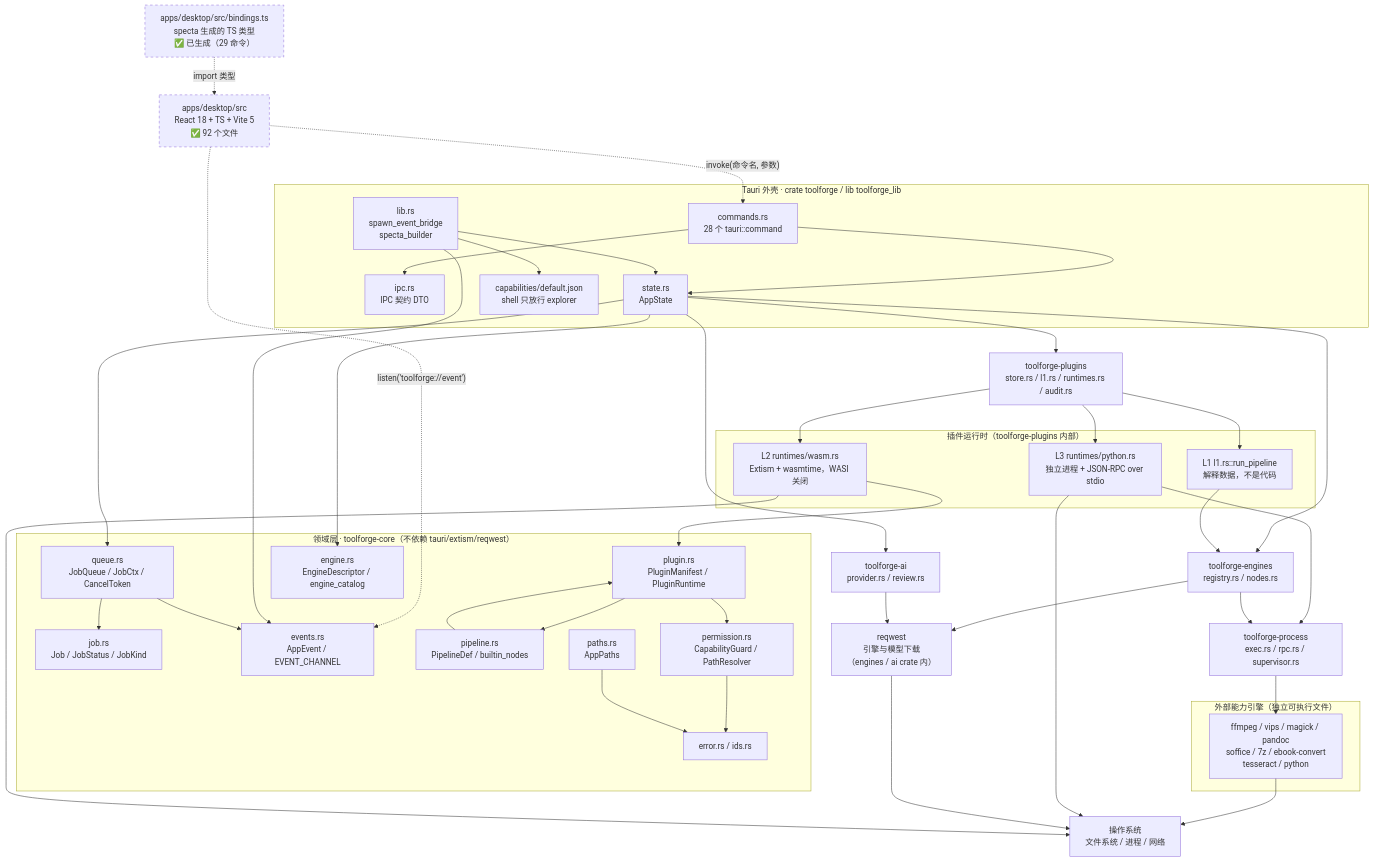
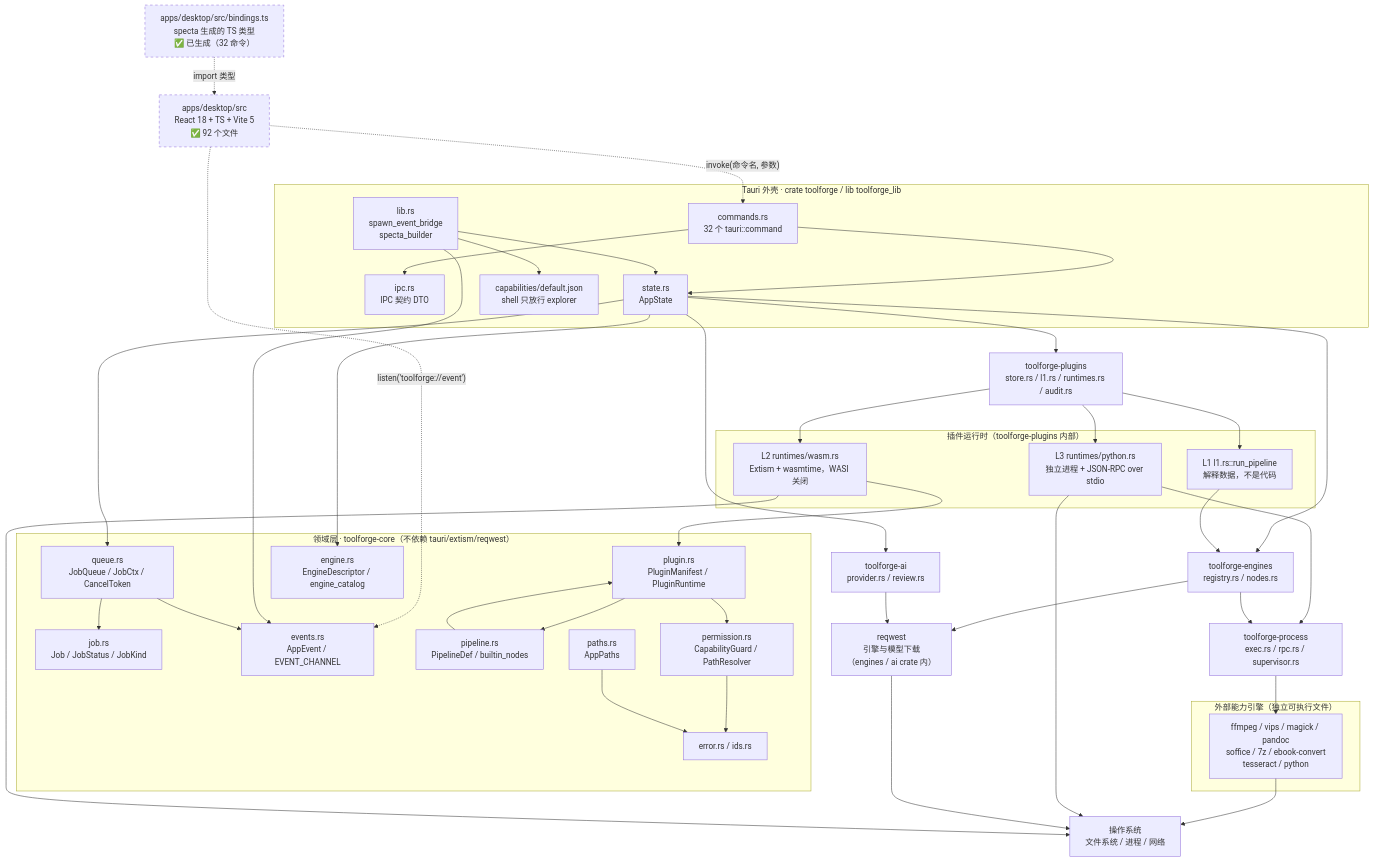
Before and after one commit to kkkkk-stk/Super-Multi-functional-Integrated-Software: the first of 2 diagrams in docs/ARCHITECTURE.md, drawn with Mermaid. The commit also changed other lines of this file and 35 other files, not shown here.

````diff
--- a/docs/ARCHITECTURE.md
+++ b/docs/ARCHITECTURE.md
@@ -65,10 +65,10 @@
 ```mermaid
 flowchart TD
     FE["apps/desktop/src<br/>React 18 + TS + Vite 5<br/>✅ 92 个文件"]
-    BIND["apps/desktop/src/bindings.ts<br/>specta 生成的 TS 类型<br/>✅ 已生成（29 命令）"]
+    BIND["apps/desktop/src/bindings.ts<br/>specta 生成的 TS 类型<br/>✅ 已生成（32 命令）"]
 
     subgraph Shell["Tauri 外壳 · crate toolforge / lib toolforge_lib"]
-        CMD["commands.rs<br/>28 个 tauri::command"]
+        CMD["commands.rs<br/>32 个 tauri::command"]
         IPCDTO["ipc.rs<br/>IPC 契约 DTO"]
         ST["state.rs<br/>AppState"]
         LIBRS["lib.rs<br/>spawn_event_bridge<br/>specta_builder"]
````
